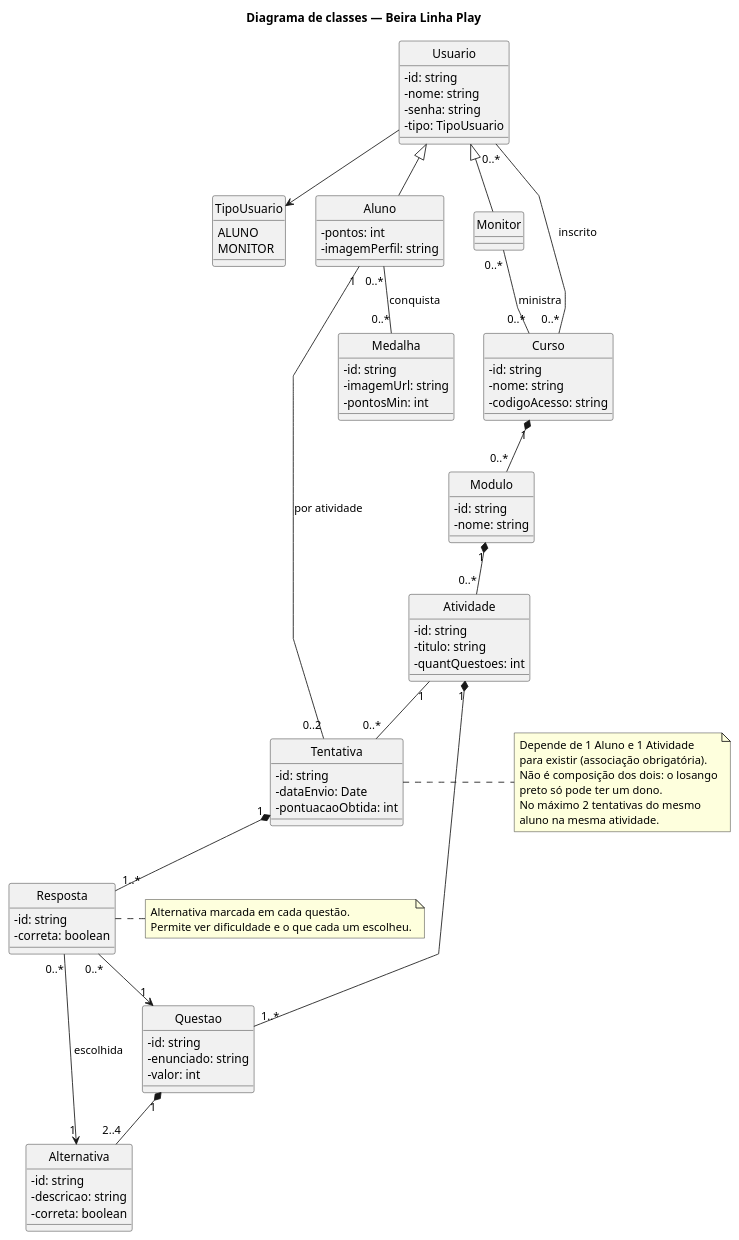
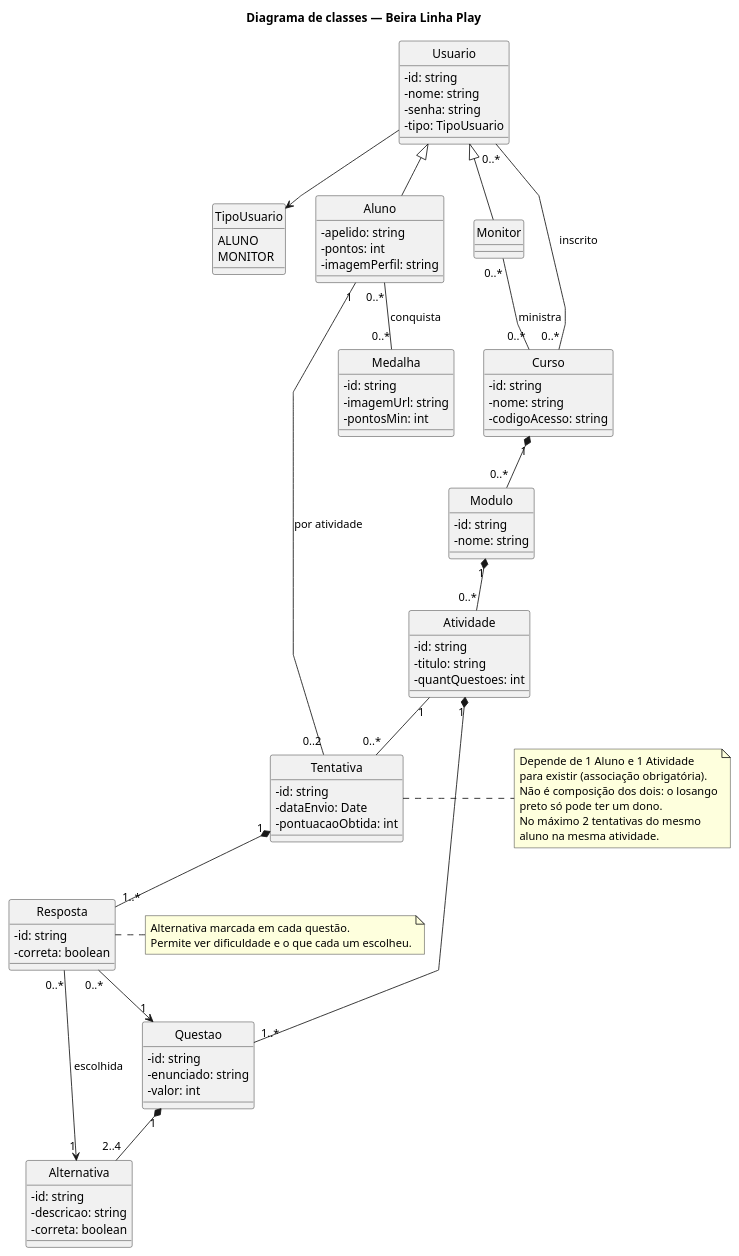
Before and after one commit to GustavoA01/react-flow: the diagram in src/diagrama-classes.puml, drawn with PlantUML. The commit also changed 9 other files, not shown here.

```diff
--- a/src/diagrama-classes.puml
+++ b/src/diagrama-classes.puml
@@ -1,106 +1,107 @@
 @startuml Diagrama_de_classes_Beira_Linha
 title Diagrama de classes — Beira Linha Play
 skinparam classAttributeIconSize 0
 skinparam shadowing false
 skinparam linetype polyline
 hide circle
 
 enum TipoUsuario {
   ALUNO
   MONITOR
 }
 
 class Usuario {
   - id: string
   - nome: string
   - senha: string
   - tipo: TipoUsuario
 }
 
 class Aluno {
+  - apelido: string
   - pontos: int
   - imagemPerfil: string
 }
 
 class Monitor
 
 class Medalha {
   - id: string
   - imagemUrl: string
   - pontosMin: int
 }
 
 class Curso {
   - id: string
   - nome: string
   - codigoAcesso: string
 }
 
 class Modulo {
   - id: string
   - nome: string
 }
 
 class Atividade {
   - id: string
   - titulo: string
   - quantQuestoes: int
 }
 
 class Questao {
   - id: string
   - enunciado: string
   - valor: int
 }
 
 class Alternativa {
   - id: string
   - descricao: string
   - correta: boolean
 }
 
 class Tentativa {
   - id: string
   - dataEnvio: Date
   - pontuacaoObtida: int
 }
 
 class Resposta {
   - id: string
   - correta: boolean
 }
 
 Usuario <|-- Aluno
 Usuario <|-- Monitor
 Usuario --> TipoUsuario
 
 Usuario "0..*" -- "0..*" Curso : inscrito
 Monitor "0..*" -- "0..*" Curso : ministra
 Aluno "0..*" -- "0..*" Medalha : conquista
 
 Curso "1" *-- "0..*" Modulo
 Modulo "1" *-- "0..*" Atividade
 Atividade "1" *-- "1..*" Questao
 Questao "1" *-- "2..4" Alternativa
 
 Aluno "1" -- "0..2" Tentativa : por atividade
 Atividade "1" -- "0..*" Tentativa
 Tentativa "1" *-- "1..*" Resposta
 Resposta "0..*" --> "1" Questao
 Resposta "0..*" --> "1" Alternativa : escolhida
 
 note right of Tentativa
   Depende de 1 Aluno e 1 Atividade
   para existir (associação obrigatória).
   Não é composição dos dois: o losango
   preto só pode ter um dono.
   No máximo 2 tentativas do mesmo
   aluno na mesma atividade.
 end note
 
 note right of Resposta
   Alternativa marcada em cada questão.
   Permite ver dificuldade e o que cada um escolheu.
 end note
 
 @enduml
```
